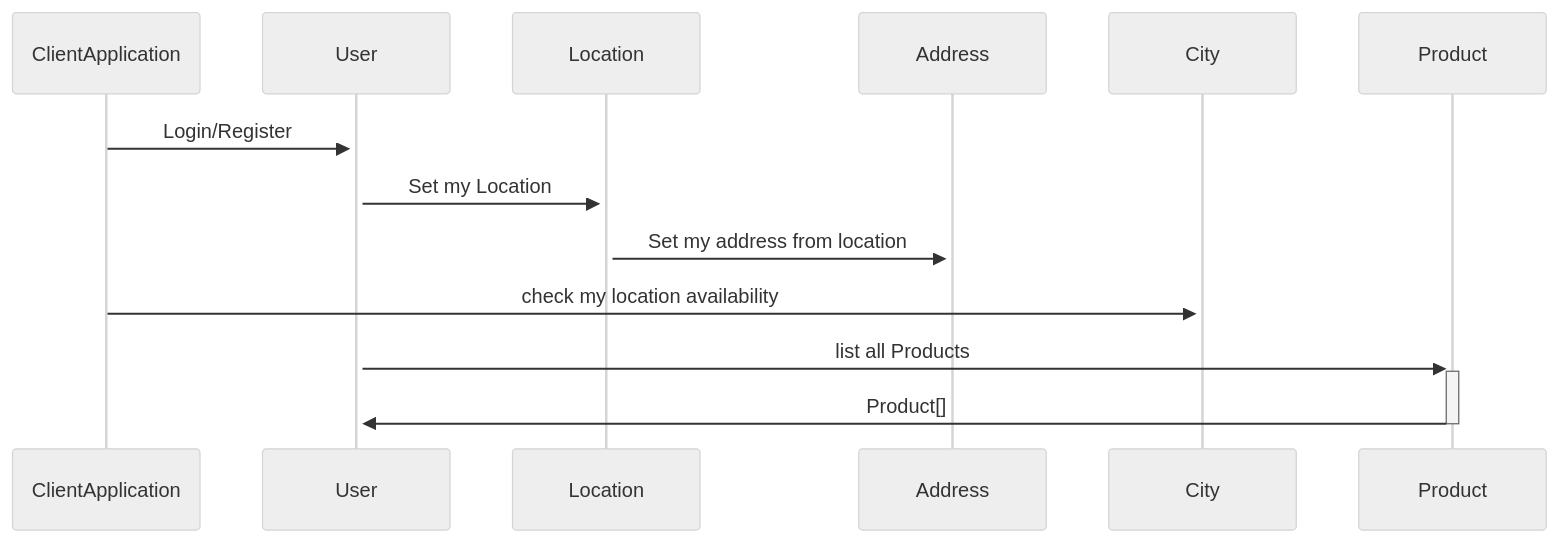
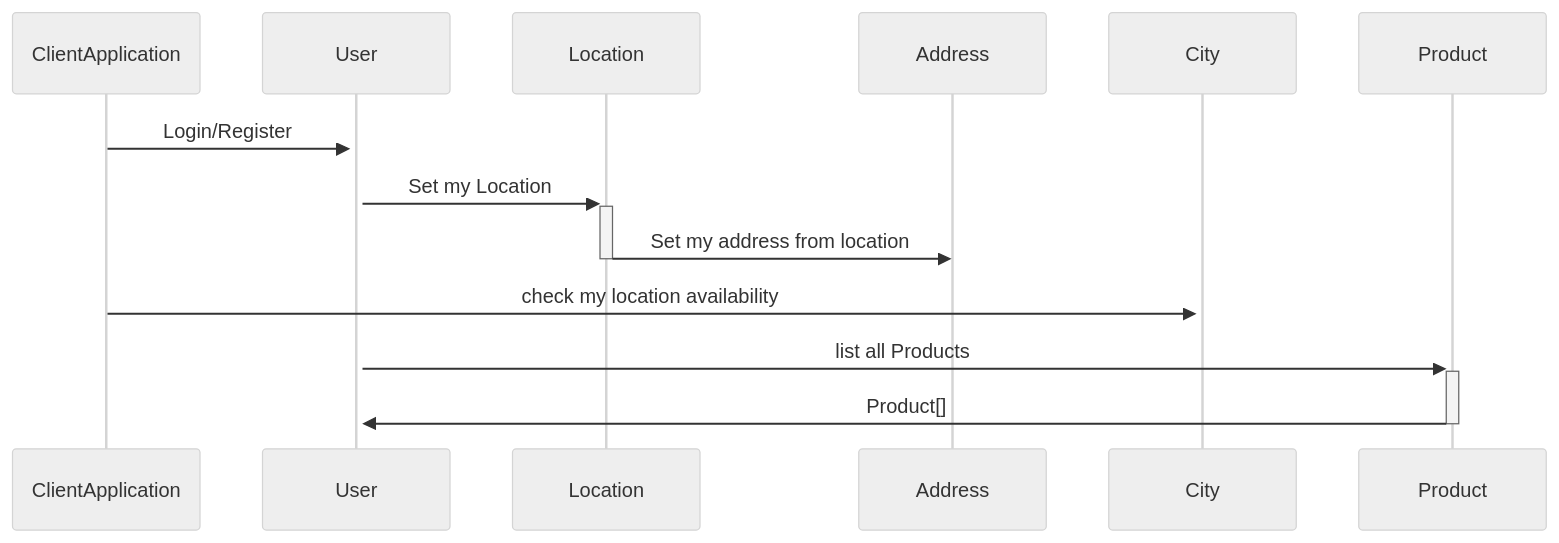
The second of 6 diagrams in readme.md (joussin/api_allopico_old), drawn with Mermaid (neutral theme) before and after one commit.

````diff
--- a/readme.md
+++ b/readme.md
@@ -183,15 +183,15 @@
 ```mermaid
 sequenceDiagram
 
 ClientApplication->>+User: Login/Register
 
 User->>+Location: Set my Location
 
-Location->>+Address: Set my address from location
+Location->>-Address: Set my address from location
 
 ClientApplication->>+City: check my location availability
 
 User->>+Product: list all Products
 
 Product->>-User: Product[]
 ```
````
